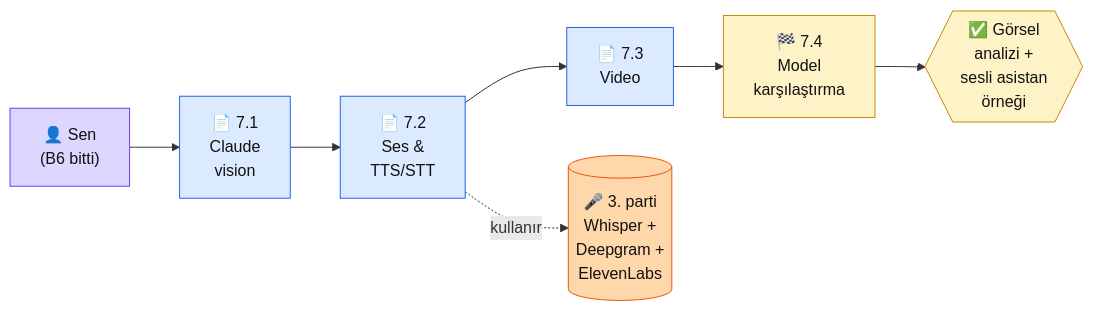
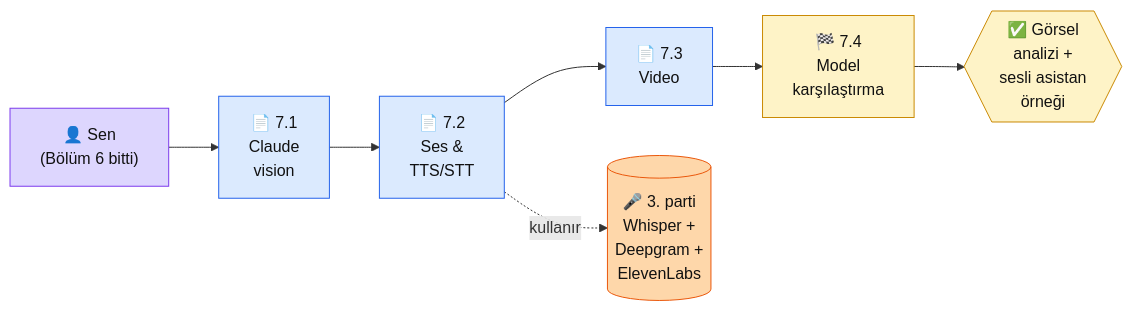
Before and after one commit to KemalG-u/muhendisal-platform: the diagram in docs/bolum-7/index.md, drawn with Mermaid. The commit also changed other lines of this file and 4 other files, not shown here.

````diff
--- a/docs/bolum-7/index.md
+++ b/docs/bolum-7/index.md
@@ -27,24 +27,24 @@
 ```mermaid
 flowchart LR
-  S["👤 Sen\n(B6 bitti)"]
+  S["👤 Sen\n(Bölüm 6 bitti)"]
   P71["📄 7.1\nClaude\nvision"]
   P72["📄 7.2\nSes &\nTTS/STT"]
   P73["📄 7.3\nVideo"]
   P74["🏁 7.4\nModel\nkarşılaştırma"]
   THIRD[("🎤 3. parti\nWhisper +\nDeepgram +\nElevenLabs")]
   OUT{{"✅ Görsel\nanalizi +\nsesli asistan\nörneği"}}
 
   S --> P71 --> P72 --> P73 --> P74 --> OUT
   P72 -.kullanır.-> THIRD
 
   classDef user fill:#ddd6fe,stroke:#7c3aed,color:#111
   classDef page fill:#dbeafe,stroke:#2563eb,color:#111
   classDef pilot fill:#fef3c7,stroke:#ca8a04,color:#111
   classDef infra fill:#fed7aa,stroke:#ea580c,color:#111
   classDef goal fill:#fef3c7,stroke:#ca8a04,color:#111
   class S user
   class P71,P72,P73 page
   class P74 pilot
   class THIRD infra
   class OUT goal
 ```
````
